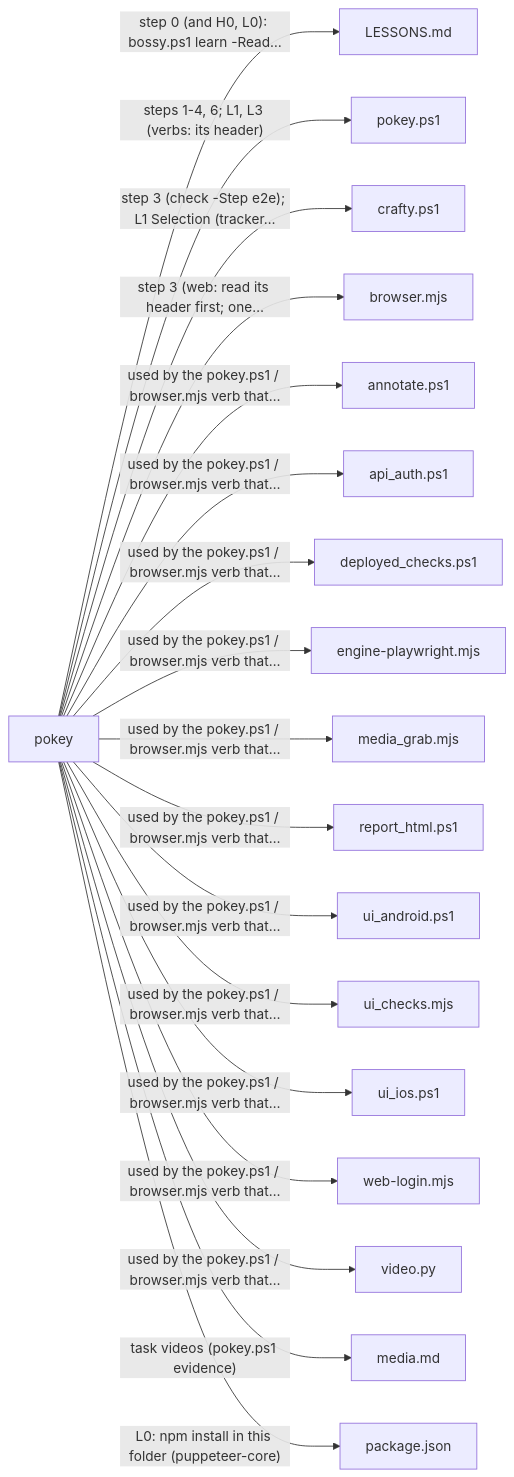
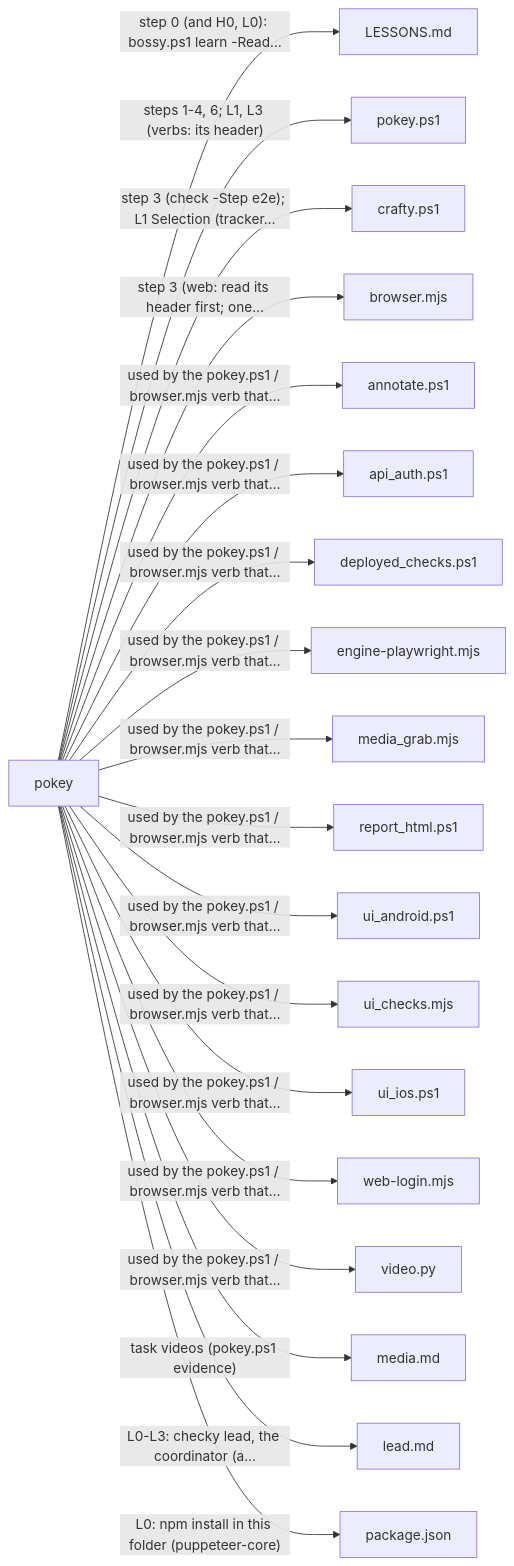
Before and after one commit to prskid1000/claude-crew: the sixth of 8 diagrams in README.md, drawn with Mermaid. The commit also changed other lines of this file and 18 other files, not shown here.

````diff
--- a/README.md
+++ b/README.md
@@ -550,21 +551,22 @@
 ```mermaid
 flowchart LR
   skills_pokey_SKILL_md["pokey"]
   skills_pokey_SKILL_md -->|"step 0 (and H0, L0): bossy.ps1 learn -Read…"| LESSONS_md["LESSONS.md"]
   skills_pokey_SKILL_md -->|"steps 1-4, 6; L1, L3 (verbs: its header)"| skills_pokey_pokey_ps1["pokey.ps1"]
   skills_pokey_SKILL_md -->|"step 3 (check -Step e2e); L1 Selection (tracker…"| skills_crafty_crafty_ps1["crafty.ps1"]
   skills_pokey_SKILL_md -->|"step 3 (web: read its header first; one…"| skills_pokey_browser_mjs["browser.mjs"]
   skills_pokey_SKILL_md -->|"used by the pokey.ps1 / browser.mjs verb that…"| skills_pokey_adapters_annotate_ps1["annotate.ps1"]
   skills_pokey_SKILL_md -->|"used by the pokey.ps1 / browser.mjs verb that…"| skills_pokey_adapters_api_auth_ps1["api_auth.ps1"]
   skills_pokey_SKILL_md -->|"used by the pokey.ps1 / browser.mjs verb that…"| skills_pokey_adapters_deployed_checks_ps1["deployed_checks.ps1"]
   skills_pokey_SKILL_md -->|"used by the pokey.ps1 / browser.mjs verb that…"| skills_pokey_adapters_engine_playwright_mjs["engine-playwright.mjs"]
   skills_pokey_SKILL_md -->|"used by the pokey.ps1 / browser.mjs verb that…"| skills_pokey_adapters_media_grab_mjs["media_grab.mjs"]
   skills_pokey_SKILL_md -->|"used by the pokey.ps1 / browser.mjs verb that…"| skills_pokey_adapters_report_html_ps1["report_html.ps1"]
   skills_pokey_SKILL_md -->|"used by the pokey.ps1 / browser.mjs verb that…"| skills_pokey_adapters_ui_android_ps1["ui_android.ps1"]
   skills_pokey_SKILL_md -->|"used by the pokey.ps1 / browser.mjs verb that…"| skills_pokey_adapters_ui_checks_mjs["ui_checks.mjs"]
   skills_pokey_SKILL_md -->|"used by the pokey.ps1 / browser.mjs verb that…"| skills_pokey_adapters_ui_ios_ps1["ui_ios.ps1"]
   skills_pokey_SKILL_md -->|"used by the pokey.ps1 / browser.mjs verb that…"| skills_pokey_adapters_web_login_mjs["web-login.mjs"]
   skills_pokey_SKILL_md -->|"used by the pokey.ps1 / browser.mjs verb that…"| skills_pokey_video_py["video.py"]
   skills_pokey_SKILL_md -->|"task videos (pokey.ps1 evidence)"| skills_pokey_media_md["media.md"]
+  skills_pokey_SKILL_md -->|"L0-L3: checky lead, the coordinator (a…"| skills_pokey_lead_md["lead.md"]
   skills_pokey_SKILL_md -->|"L0: npm install in this folder (puppeteer-core)"| skills_pokey_package_json["package.json"]
 ```
````
